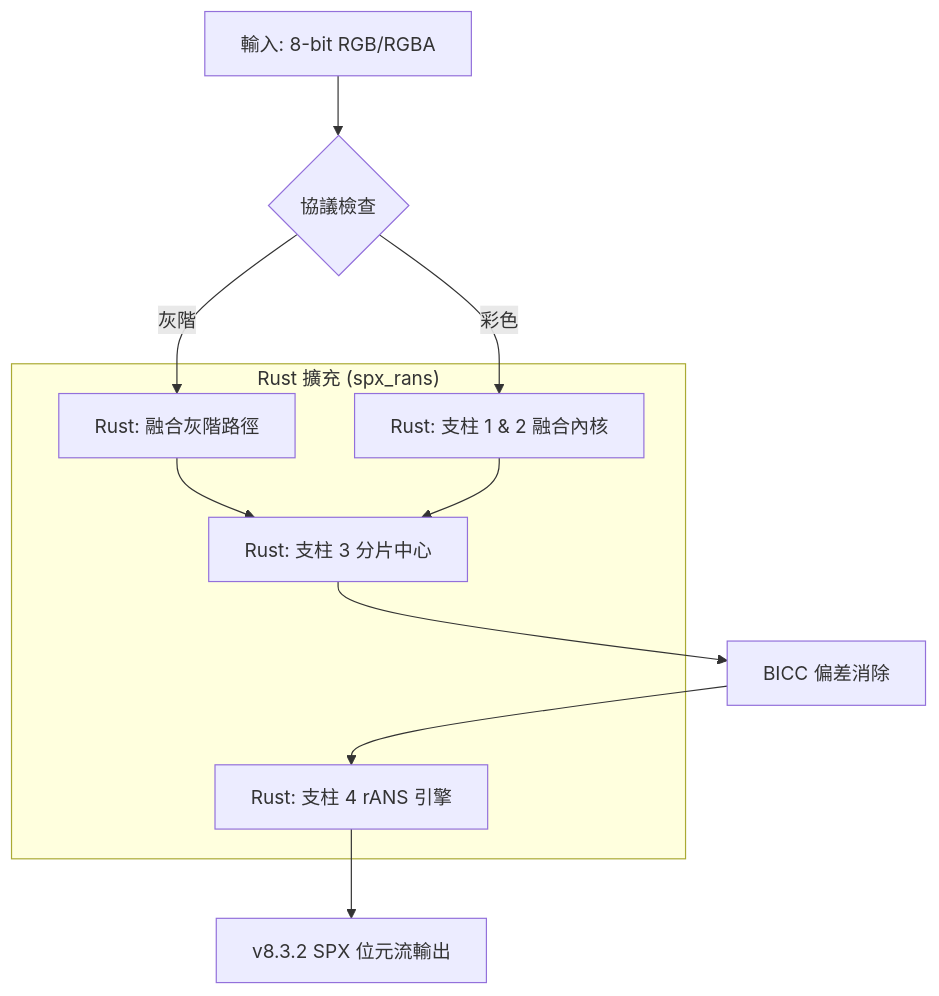
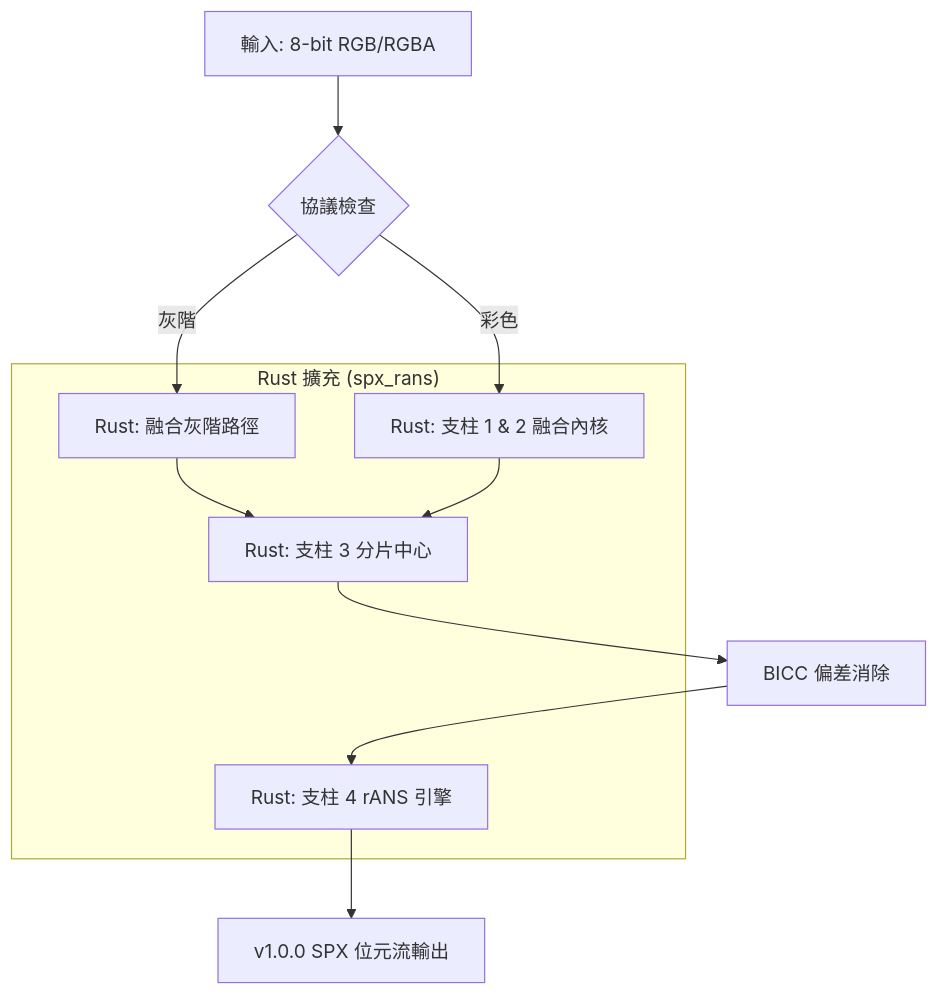
One commit to nonkilife/SPX-Image-Lossless-Compression changed the diagram in README_zh-TW.md. Above: the diagram before and after it, drawn with Mermaid. The commit also changed other lines of this file and 17 other files, not shown here.

Commit message:
feat: implement SPX codec v1.0.0 with Rust-native backend and parallel decoding architecture

````diff
--- a/README_zh-TW.md
+++ b/README_zh-TW.md
@@ -217,19 +217,19 @@
 ```mermaid
 graph TD
     A[輸入: 8-bit RGB/RGBA] --> B{協議檢查}
     B -->|灰階| C1[Rust: 融合灰階路徑]
     B -->|彩色| C2[Rust: 支柱 1 & 2 融合內核]
     
     C1 & C2 --> D[Rust: 支柱 3 分片中心]
     
     D --> E[BICC 偏差消除]
     E --> F[Rust: 支柱 4 rANS 引擎]
-    F --> G[v8.3.2 SPX 位元流輸出]
+    F --> G[v1.0.0 SPX 位元流輸出]
     
     subgraph "Rust 擴充 (spx_rans)"
         C1
         C2
         D
         F
     end
 ```
````
